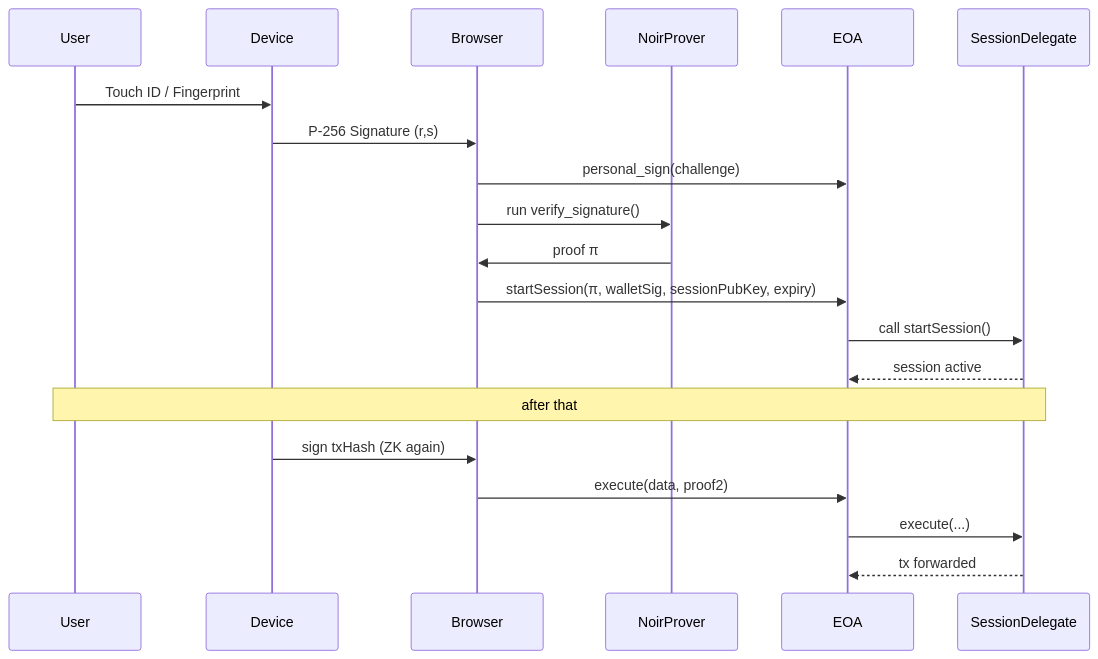
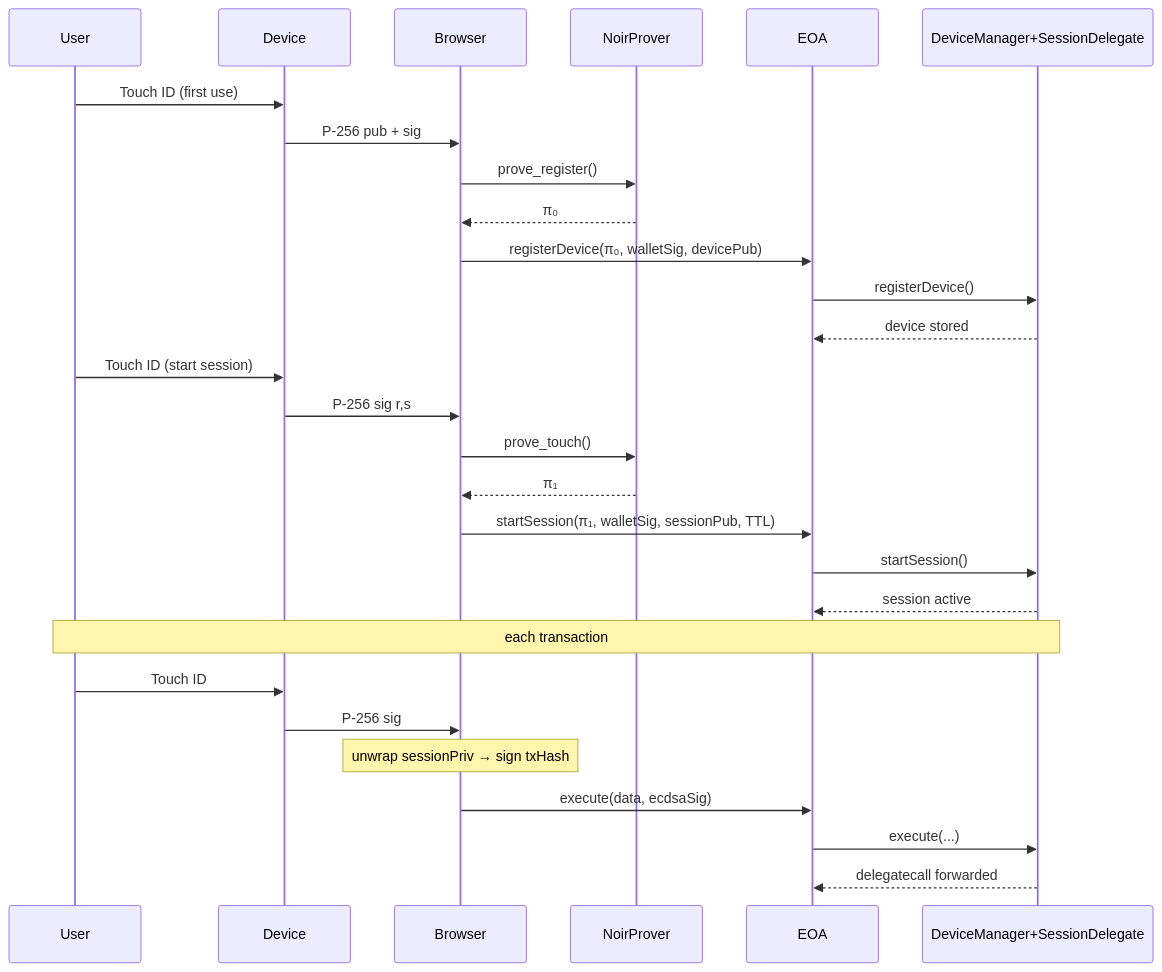
One commit to Ham3798/AuthDevice7702 changed the diagram in README.md. Above: the diagram before and after it, drawn with Mermaid. The commit also changed other lines of this file, not shown here.

Commit message:
readme : change poc concept

````diff
--- a/README.md
+++ b/README.md
@@ -9,23 +19,33 @@
 ```mermaid
 sequenceDiagram
-  participant User
-  participant Device
-  participant Browser
-  participant NoirProver
-  participant EOA
-  participant SessionDelegate
+    participant User
+    participant Device
+    participant Browser
+    participant NoirProver
+    participant EOA
+    participant DeviceMgr as DeviceManager+SessionDelegate
 
-  User->>Device: Touch ID / Fingerprint
-  Device->>Browser: P-256 Signature (r,s)
-  Browser->>EOA: personal_sign(challenge)
-  Browser->>NoirProver: run verify_signature()
-  NoirProver->>Browser: proof π
-  Browser->>EOA: startSession(π, walletSig, sessionPubKey, expiry)
-  EOA->>SessionDelegate: call startSession()
-  SessionDelegate-->>EOA: session active
-  note over User, SessionDelegate: after that
-  Device->>Browser: sign txHash (ZK again)
-  Browser->>EOA: execute(data, proof2)
-  EOA->>SessionDelegate: execute(...)
-  SessionDelegate-->>EOA: tx forwarded
+    User->>Device: Touch ID (first use)
+    Device->>Browser: P-256 pub + sig
+    Browser->>NoirProver: prove_register()
+    NoirProver-->>Browser: π₀
+    Browser->>EOA: registerDevice(π₀, walletSig, devicePub)
+    EOA->>DeviceMgr: registerDevice()
+    DeviceMgr-->>EOA: device stored
+
+    User->>Device: Touch ID (start session)
+    Device->>Browser: P-256 sig r,s
+    Browser->>NoirProver: prove_touch()
+    NoirProver-->>Browser: π₁
+    Browser->>EOA: startSession(π₁, walletSig, sessionPub, TTL)
+    EOA->>DeviceMgr: startSession()
+    DeviceMgr-->>EOA: session active
+
+    note over User,DeviceMgr: each transaction
+    User->>Device: Touch ID
+    Device->>Browser: P-256 sig
+    note over Browser: unwrap sessionPriv → sign txHash
+    Browser->>EOA: execute(data, ecdsaSig)
+    EOA->>DeviceMgr: execute(...)
+    DeviceMgr-->>EOA: delegatecall forwarded
 ```
````
